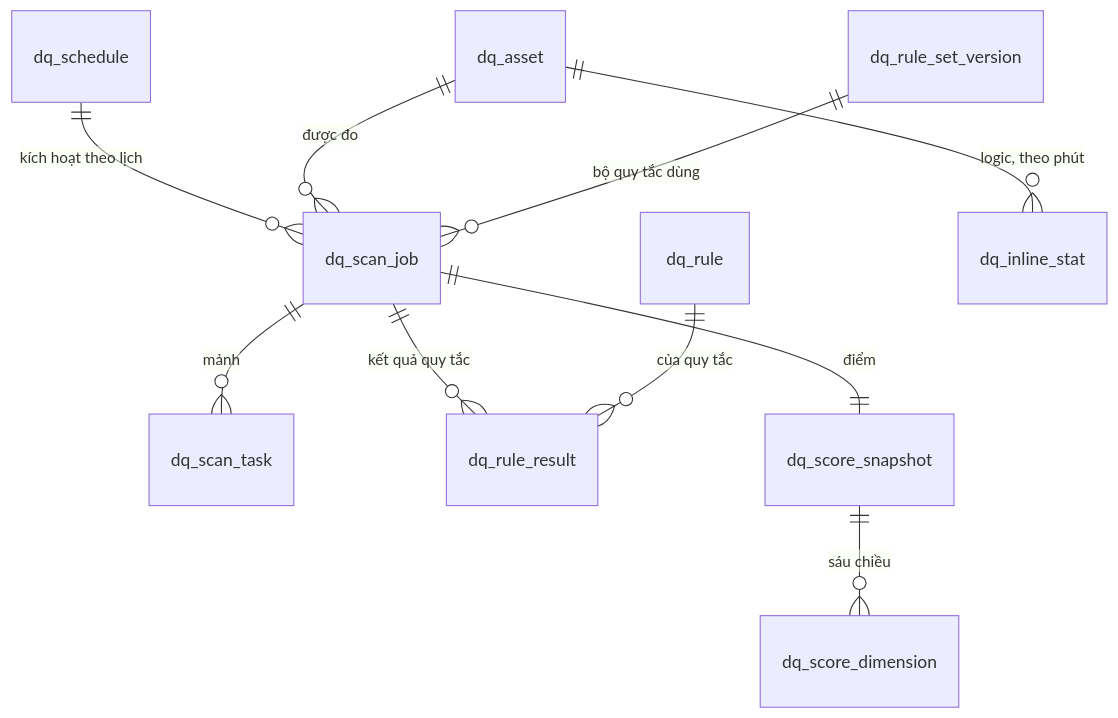
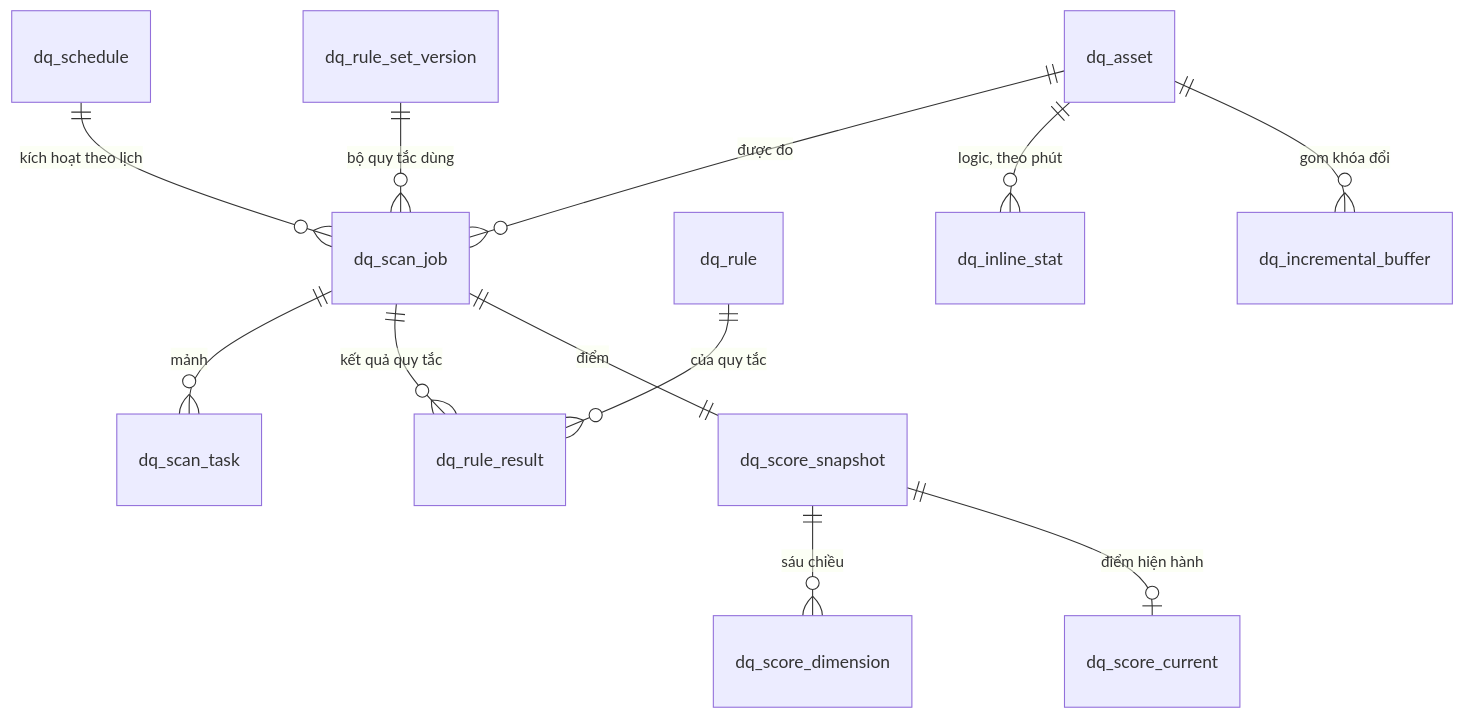
One commit to caprocute/DATAHUB changed the third of 4 diagrams in datahub-docs/03-thiet-ke/csdl/D03-03-PH08-csdl-chat-luong-du-lieu.md. Above: the diagram before and after it, drawn with Mermaid. The commit also changed other lines of this file and 24 other files, not shown here.

````diff
--- a/datahub-docs/03-thiet-ke/csdl/D03-03-PH08-csdl-chat-luong-du-lieu.md
+++ b/datahub-docs/03-thiet-ke/csdl/D03-03-PH08-csdl-chat-luong-du-lieu.md
@@ -236,12 +243,14 @@
 ```{.mermaid caption="ERD nhóm lần đo, kết quả, điểm và kiểm tra trực tuyến"}
 erDiagram
   dq_schedule ||--o{ dq_scan_job : "kích hoạt theo lịch"
   dq_asset ||--o{ dq_scan_job : "được đo"
   dq_rule_set_version ||--o{ dq_scan_job : "bộ quy tắc dùng"
   dq_scan_job ||--o{ dq_scan_task : "mảnh"
   dq_scan_job ||--o{ dq_rule_result : "kết quả quy tắc"
   dq_rule ||--o{ dq_rule_result : "của quy tắc"
   dq_scan_job ||--|| dq_score_snapshot : "điểm"
   dq_score_snapshot ||--o{ dq_score_dimension : "sáu chiều"
   dq_asset ||--o{ dq_inline_stat : "logic, theo phút"
+  dq_asset ||--o{ dq_incremental_buffer : "gom khóa đổi"
+  dq_score_snapshot ||--o| dq_score_current : "điểm hiện hành"
 ```
````
